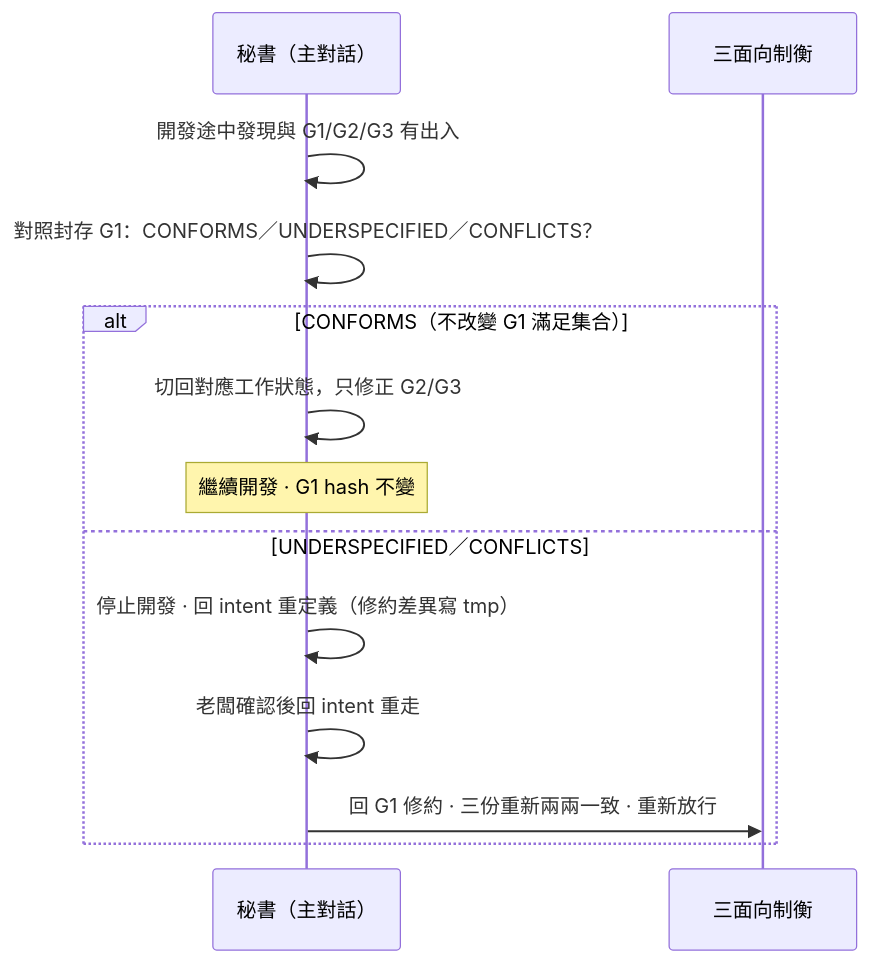
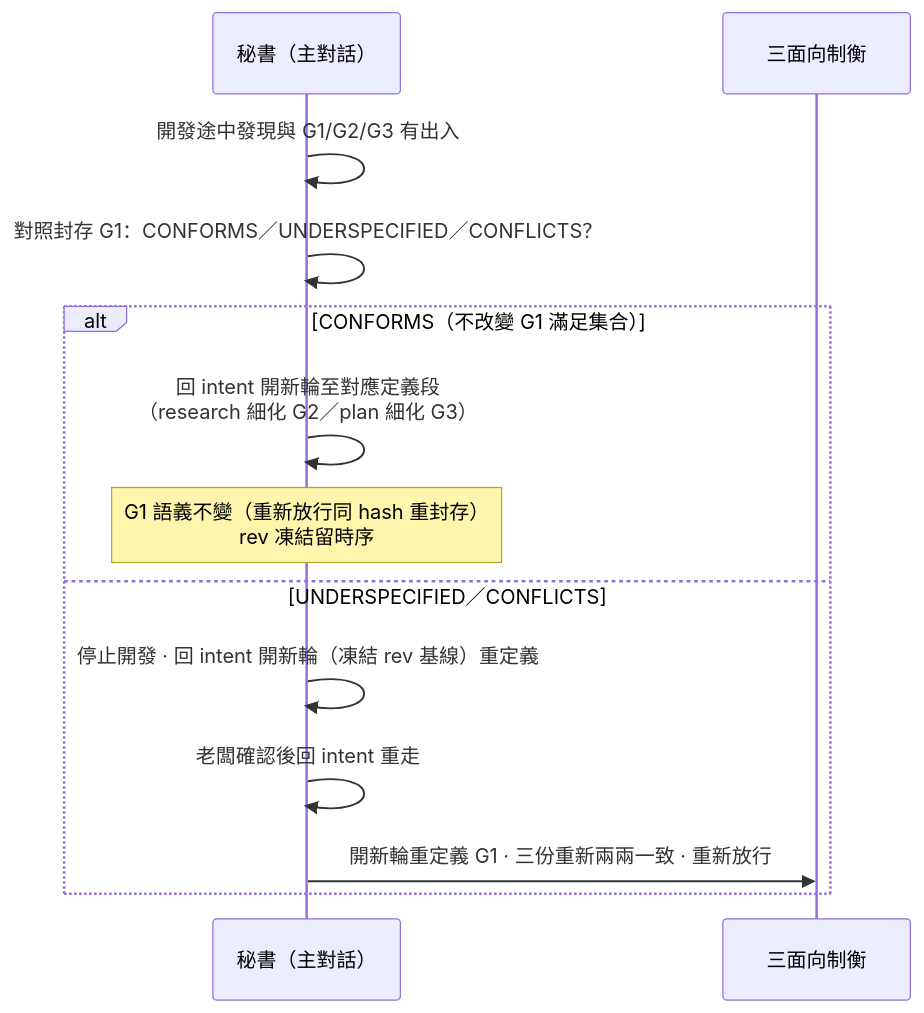
The second of 8 diagrams in skills/shiftblame/SKILL.md (teps3105/shiftblame), drawn with Mermaid before and after one commit. The commit also changed other lines of this file and 21 other files, not shown here.

````diff
--- a/skills/shiftblame/SKILL.md
+++ b/skills/shiftblame/SKILL.md
@@ -78,17 +78,17 @@
    ```mermaid
    sequenceDiagram
         participant SEC as 秘書（主對話）
         participant Consult as 三面向制衡
 
         SEC->>SEC: 開發途中發現與 G1/G2/G3 有出入
         SEC->>SEC: 對照封存 G1：CONFORMS／UNDERSPECIFIED／CONFLICTS？
 
         alt CONFORMS（不改變 G1 滿足集合）
-            SEC->>SEC: 切回對應工作狀態，只修正 G2/G3
-            Note over SEC: 繼續開發 · G1 hash 不變
+            SEC->>SEC: 回 intent 開新輪至對應定義段<br/>（research 細化 G2／plan 細化 G3）
+            Note over SEC: G1 語義不變（重新放行同 hash 重封存）<br/>rev 凍結留時序
         else UNDERSPECIFIED／CONFLICTS
-            SEC->>SEC: 停止開發 · 回 intent 重定義（修約差異寫 tmp）
+            SEC->>SEC: 停止開發 · 回 intent 開新輪（凍結 rev 基線）重定義
             SEC->>SEC: 老闆確認後回 intent 重走
-            SEC->>Consult: 回 G1 修約 · 三份重新兩兩一致 · 重新放行
+            SEC->>Consult: 開新輪重定義 G1 · 三份重新兩兩一致 · 重新放行
         end
    ```
````
